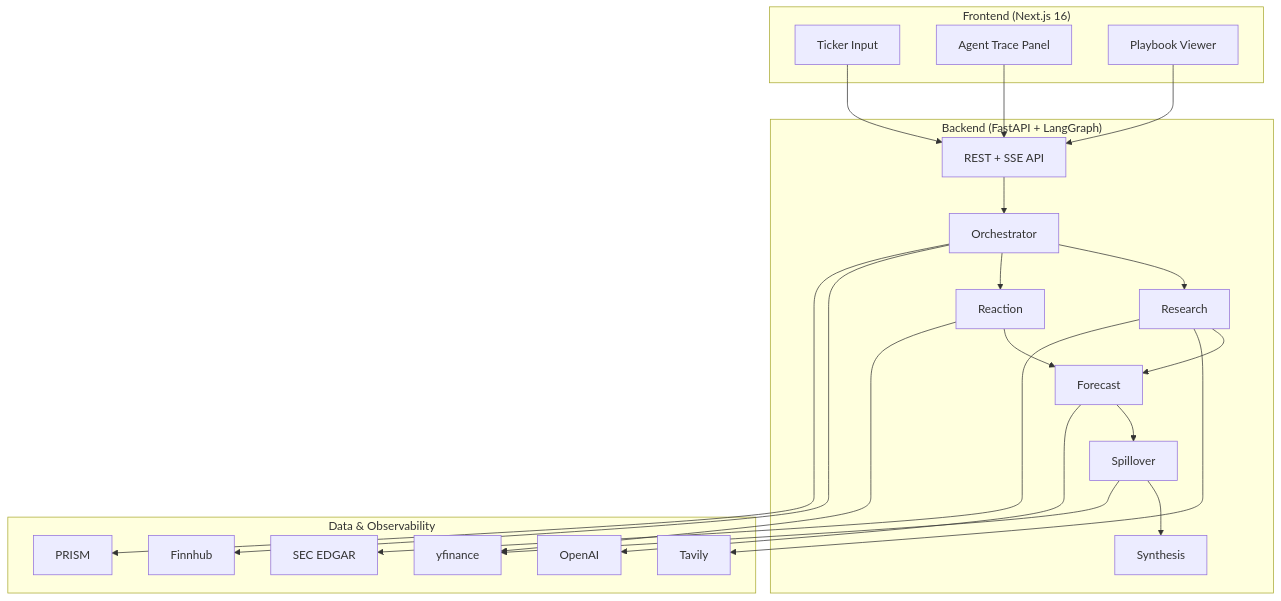
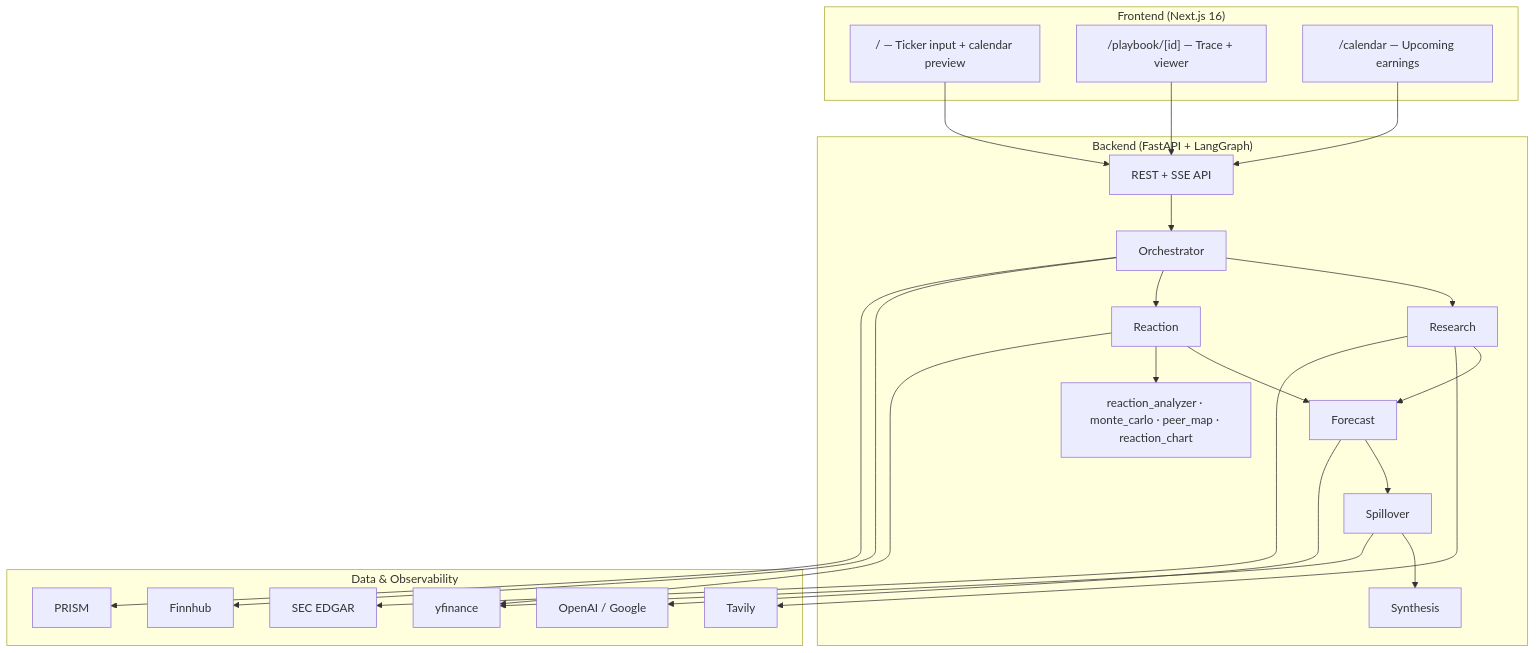
The diagram in README.md (omkargadute/EarningsPulse), drawn with Mermaid before and after one commit. The commit also changed other lines of this file and 7 other files, not shown here.

Commit message:
Enhance README and documentation with detailed project structure, deployment instructions, and feature descriptions. Update implementation plan and project spec to reflect recent changes, including Monte Carlo analysis and validation processes. Add light/dark theme toggle testing to demo script.

````diff
--- a/README.md
+++ b/README.md
@@ -23,39 +77,39 @@
 ```mermaid
 flowchart TB
   subgraph Frontend["Frontend (Next.js 16)"]
-    Input[Ticker Input]
-    Trace[Agent Trace Panel]
-    Viewer[Playbook Viewer]
+    Home["/ — Ticker input + calendar preview"]
+    Playbook["/playbook/[id] — Trace + viewer"]
+    Calendar["/calendar — Upcoming earnings"]
   end
 
   subgraph Backend["Backend (FastAPI + LangGraph)"]
-    API[REST + SSE API]
+    API["REST + SSE API"]
     Orch[Orchestrator]
     R[Research]
     F[Forecast]
     Rx[Reaction]
     S[Spillover]
     Syn[Synthesis]
+    Engines["reaction_analyzer · monte_carlo · peer_map · reaction_chart"]
   end
 
   subgraph External["Data & Observability"]
     Tavily[Tavily]
     YF[yfinance]
     FH[Finnhub]
     EDGAR[SEC EDGAR]
-    OAI[OpenAI]
+    LLM["OpenAI / Google"]
     PRISM[PRISM]
   end
 
-  Input --> API
-  Trace --> API
-  Viewer --> API
+  Home & Playbook & Calendar --> API
   API --> Orch
   Orch --> R & Rx
   R & Rx --> F --> S --> Syn
+  Rx --> Engines
   R --> Tavily & EDGAR
-  F --> OAI
+  F --> LLM
   Rx & S --> YF
   Orch --> FH
   Orch --> PRISM
 ```
````
